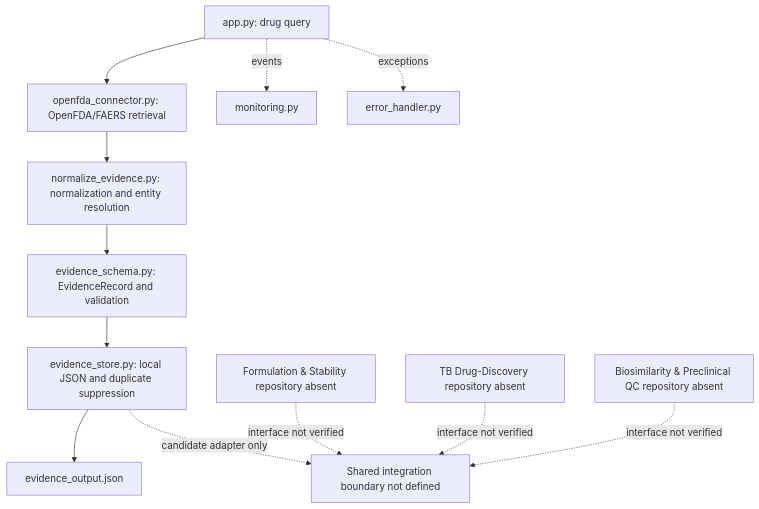
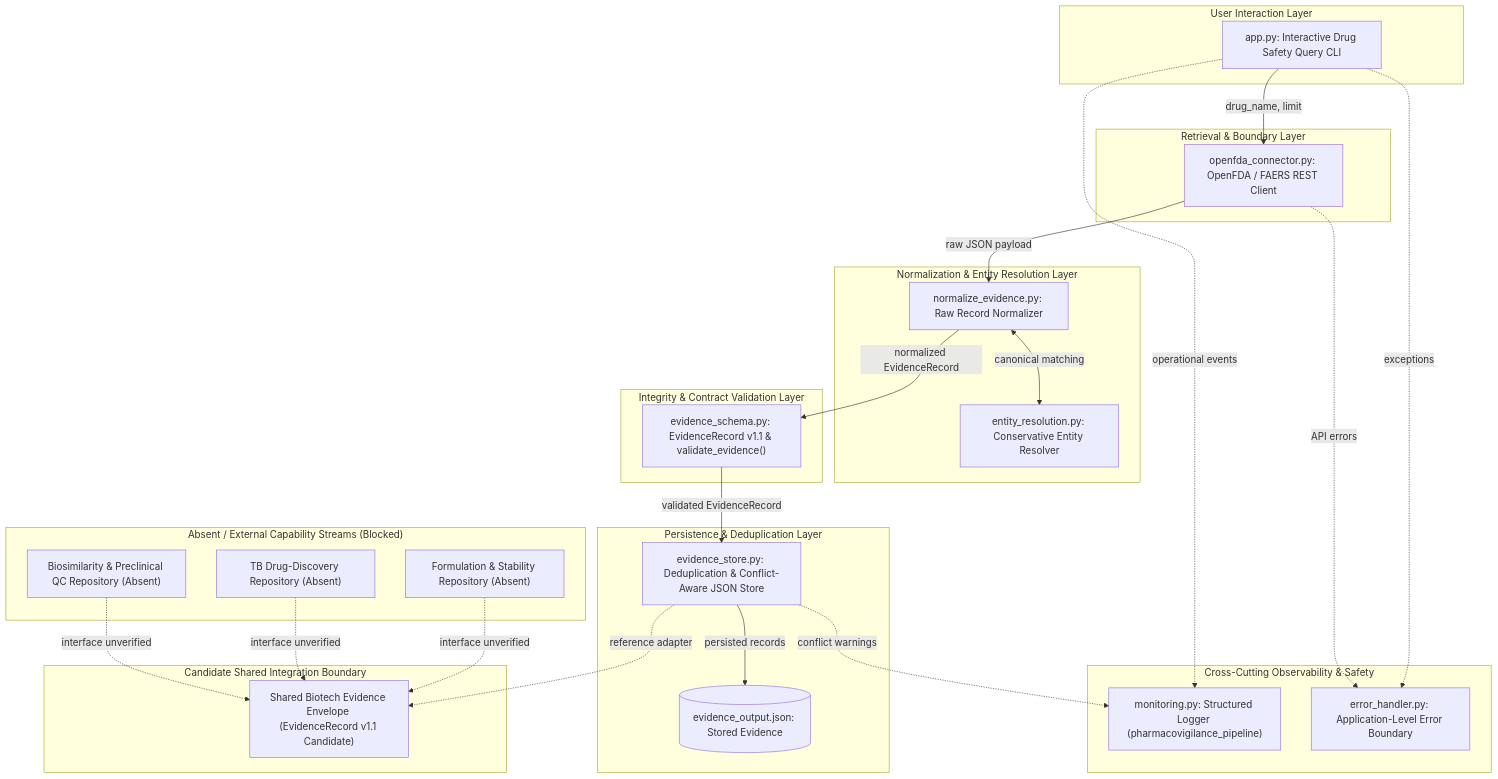
One commit to BHIV-Engineering-Exchange/bhiv-biotech-Pharmacovigilance-Evidence-And-Drug-Safety-Intelligence changed the diagram in reports/BIOTECH_CONVERGENCE_MAP.md. Above: the diagram before and after it, drawn with Mermaid. The commit also changed other lines of this file and 17 other files, not shown here.

````diff
--- a/reports/BIOTECH_CONVERGENCE_MAP.md
+++ b/reports/BIOTECH_CONVERGENCE_MAP.md
@@ -7,14 +13,59 @@
 ```mermaid
 flowchart TD
-    CLI[app.py: drug query] --> FDA[openfda_connector.py: OpenFDA/FAERS retrieval]
-    FDA --> NORM[normalize_evidence.py: normalization and entity resolution]
-    NORM --> VALID[evidence_schema.py: EvidenceRecord and validation]
-    VALID --> STORE[evidence_store.py: local JSON and duplicate suppression]
-    STORE --> OUT[evidence_output.json]
-    CLI -. events .-> MON[monitoring.py]
-    CLI -. exceptions .-> ERR[error_handler.py]
-    FORM[Formulation & Stability repository absent] -. interface not verified .-> SHARED[Shared integration boundary not defined]
-    TB[TB Drug-Discovery repository absent] -. interface not verified .-> SHARED
-    QC[Biosimilarity & Preclinical QC repository absent] -. interface not verified .-> SHARED
-    STORE -. candidate adapter only .-> SHARED
+    subgraph UI_Layer["User Interaction Layer"]
+        CLI["app.py: Interactive Drug Safety Query CLI"]
+    end
+
+    subgraph Ingestion_Layer["Retrieval & Boundary Layer"]
+        FDA["openfda_connector.py: OpenFDA / FAERS REST Client"]
+    end
+
+    subgraph Processing_Layer["Normalization & Entity Resolution Layer"]
+        RESOLVE["entity_resolution.py: Conservative Entity Resolver"]
+        NORM["normalize_evidence.py: Raw Record Normalizer"]
+    end
+
+    subgraph Validation_Layer["Integrity & Contract Validation Layer"]
+        SCHEMA["evidence_schema.py: EvidenceRecord v1.1 & validate_evidence()"]
+    end
+
+    subgraph Storage_Layer["Persistence & Deduplication Layer"]
+        STORE["evidence_store.py: Deduplication & Conflict-Aware JSON Store"]
+        OUT[("evidence_output.json: Stored Evidence")]
+    end
+
+    subgraph Observability_Layer["Cross-Cutting Observability & Safety"]
+        MON["monitoring.py: Structured Logger (pharmacovigilance_pipeline)"]
+        ERR["error_handler.py: Application-Level Error Boundary"]
+    end
+
+    subgraph External_Capabilities["Absent / External Capability Streams (Blocked)"]
+        FORM["Formulation & Stability Repository (Absent)"]
+        TB["TB Drug-Discovery Repository (Absent)"]
+        QC["Biosimilarity & Preclinical QC Repository (Absent)"]
+    end
+
+    subgraph Shared_Convergence["Candidate Shared Integration Boundary"]
+        SHARED["Shared Biotech Evidence Envelope (EvidenceRecord v1.1 Candidate)"]
+    end
+
+    %% Execution flow
+    CLI -->|"drug_name, limit"| FDA
+    FDA -->|"raw JSON payload"| NORM
+    NORM <-->|"canonical matching"| RESOLVE
+    NORM -->|"normalized EvidenceRecord"| SCHEMA
+    SCHEMA -->|"validated EvidenceRecord"| STORE
+    STORE -->|"persisted records"| OUT
+
+    %% Observability & Safety
+    CLI -.->|"operational events"| MON
+    CLI -.->|"exceptions"| ERR
+    FDA -.->|"API errors"| ERR
+    STORE -.->|"conflict warnings"| MON
+
+    %% Candidate Convergence Links
+    STORE -.->|"reference adapter"| SHARED
+    FORM -.->|"interface unverified"| SHARED
+    TB -.->|"interface unverified"| SHARED
+    QC -.->|"interface unverified"| SHARED
 ```
````
